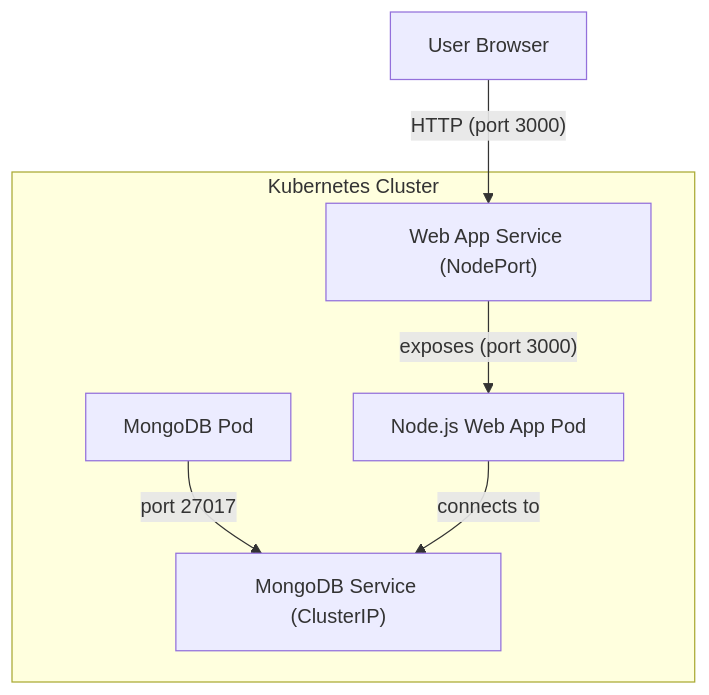
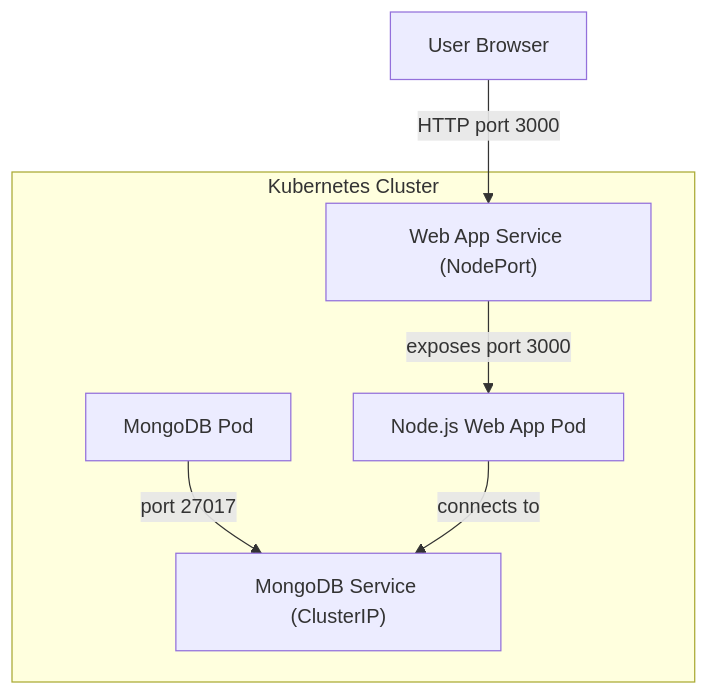
The diagram in helm/services/mongodb/README.md (pedroalejandropt/k8s-foundation), drawn with Mermaid before and after one commit.

Commit message:
fix: mermaid diagram

````diff
--- a/helm/services/mongodb/README.md
+++ b/helm/services/mongodb/README.md
@@ -24,13 +24,13 @@
 ```mermaid
 flowchart TD
  subgraph subGraph0["Kubernetes Cluster"]
         A["MongoDB Pod"]
         B["MongoDB Service (ClusterIP)"]
         C["Node.js Web App Pod"]
         D["Web App Service (NodePort)"]
   end
     A -- port 27017 --> B
     C -- connects to --> B
-    D -- exposes (port 3000) --> C
-    E["User Browser"] -- HTTP (port 3000) --> D
+    D -- exposes port 3000 --> C
+    E["User Browser"] -- HTTP port 3000 --> D
 ```
````
